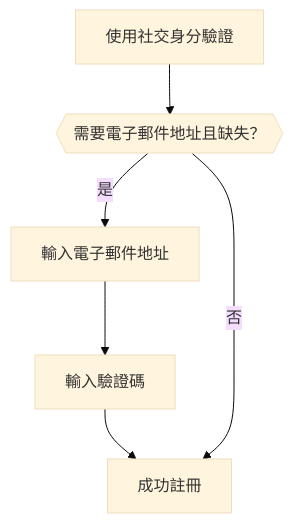
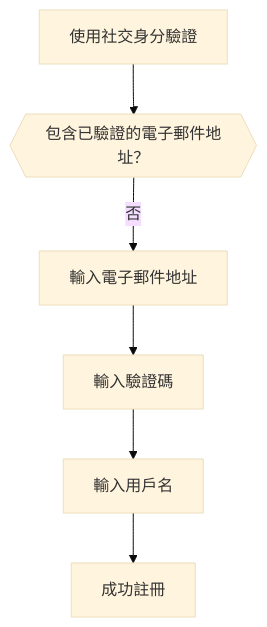
The fifth of 6 diagrams in i18n/zh-TW/docusaurus-plugin-content-docs/current/end-user-flows/sign-up-and-sign-in/social-sign-in.mdx (logto-io/docs), drawn with Mermaid (base theme) before and after one commit. The commit also changed other lines of this file and 407 other files, not shown here.

````diff
--- a/i18n/zh-TW/docusaurus-plugin-content-docs/current/end-user-flows/sign-up-and-sign-in/social-sign-in.mdx
+++ b/i18n/zh-TW/docusaurus-plugin-content-docs/current/end-user-flows/sign-up-and-sign-in/social-sign-in.mdx
@@ -139,8 +146,8 @@
    ```mermaid
    flowchart TD
-      A[使用社交身分驗證] --> B{{需要電子郵件地址且缺失？}}
-      B -- 是 --> C[輸入電子郵件地址]
+      A[使用社交身分驗證] --> B{{包含已驗證的電子郵件地址？}}
+      B -- 否 --> C[輸入電子郵件地址]
       C --> D[輸入驗證碼]
-      D --> E[成功註冊]
-      B -- 否 --> E
+      D --> E[輸入用戶名]
+      E --> F[成功註冊]
    ```
````
